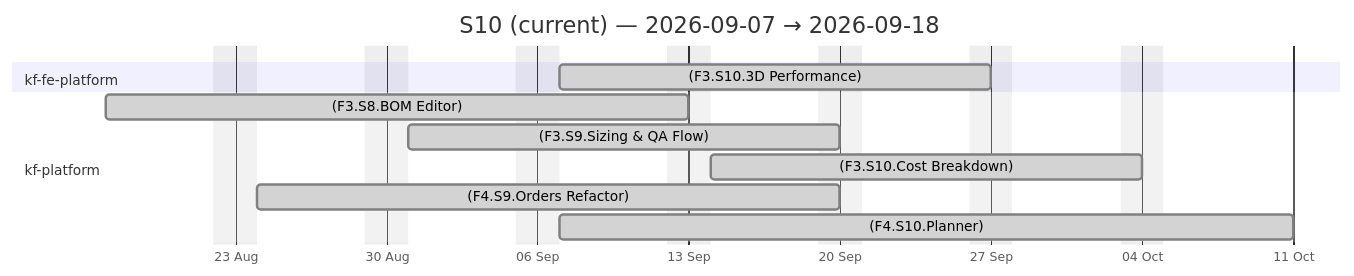
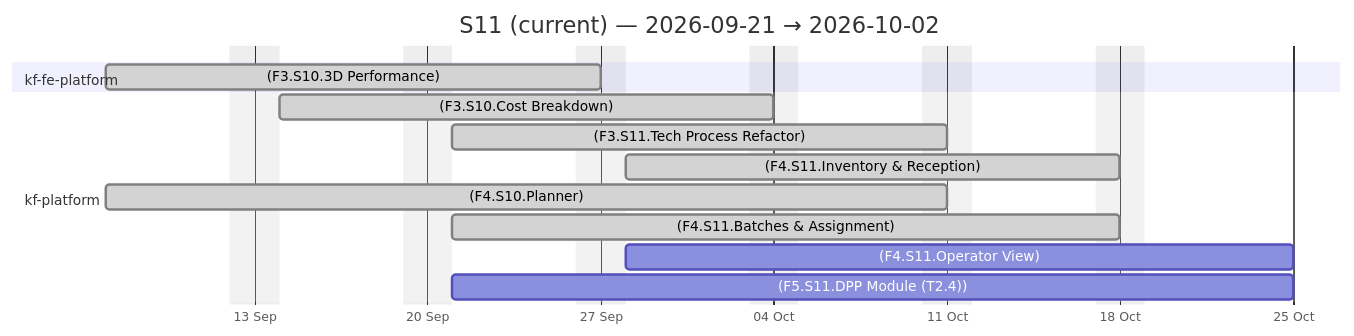
The third of 4 diagrams in docs/agile-sprints.md (Katty-Fashion/kf-cpto), drawn with Mermaid before and after one commit. The commit also changed other lines of this file and 15 other files, not shown here.

````diff
--- a/docs/agile-sprints.md
+++ b/docs/agile-sprints.md
@@ -71,16 +72,18 @@
 ```mermaid
 gantt
-    title S10 (current) — 2026-09-07 → 2026-09-18
+    title S11 (current) — 2026-09-21 → 2026-10-02
     dateFormat YYYY-MM-DD
     axisFormat %d %b
     excludes weekends
 
     section kf-fe-platform
     (F3.S10.3D Performance) :done, 2026-09-07, 2026-09-27
     section kf-platform
-    (F3.S8.BOM Editor) :done, 2026-08-17, 2026-09-13
-    (F3.S9.Sizing & QA Flow) :done, 2026-08-31, 2026-09-20
     (F3.S10.Cost Breakdown) :done, 2026-09-14, 2026-10-04
-    (F4.S9.Orders Refactor) :done, 2026-08-24, 2026-09-20
+    (F3.S11.Tech Process Refactor) :done, 2026-09-21, 2026-10-11
+    (F4.S11.Inventory & Reception) :done, 2026-09-28, 2026-10-18
     (F4.S10.Planner) :done, 2026-09-07, 2026-10-11
+    (F4.S11.Batches & Assignment) :done, 2026-09-21, 2026-10-18
+    (F4.S11.Operator View) :2026-09-28, 2026-10-25
+    (F5.S11.DPP Module (T2.4)) :2026-09-21, 2026-10-25
 ```
````
